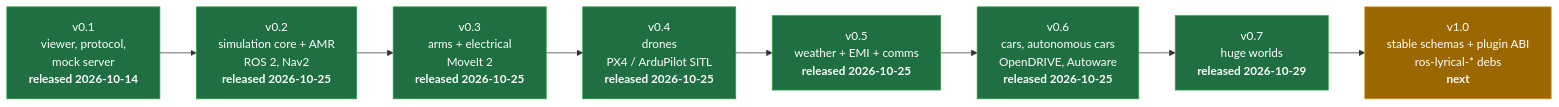
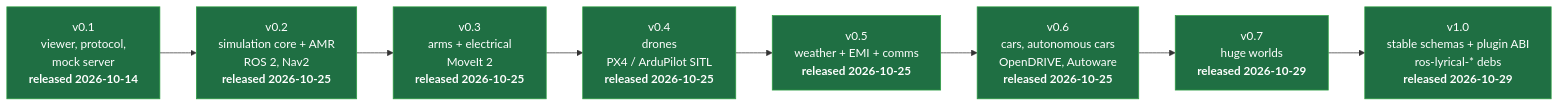
The first of 2 diagrams in docs/plan/progress.md (Open-Physical-Systems/Lagrange), drawn with Mermaid before and after one commit. The commit also changed other lines of this file and 51 other files, not shown here.

````diff
--- a/docs/plan/progress.md
+++ b/docs/plan/progress.md
@@ -7,16 +7,16 @@
 ```mermaid
 flowchart LR
     v01["v0.1<br/>viewer, protocol,<br/>mock server<br/><b>released 2026-10-14</b>"]:::done
     v02["v0.2<br/>simulation core + AMR<br/>ROS 2, Nav2<br/><b>released 2026-10-25</b>"]:::done
     v03["v0.3<br/>arms + electrical<br/>MoveIt 2<br/><b>released 2026-10-25</b>"]:::done
     v04["v0.4<br/>drones<br/>PX4 / ArduPilot SITL<br/><b>released 2026-10-25</b>"]:::done
     v05["v0.5<br/>weather + EMI + comms<br/><b>released 2026-10-25</b>"]:::done
     v06["v0.6<br/>cars, autonomous cars<br/>OpenDRIVE, Autoware<br/><b>released 2026-10-25</b>"]:::done
     v07["v0.7<br/>huge worlds<br/><b>released 2026-10-29</b>"]:::done
-    v10["v1.0<br/>stable schemas + plugin ABI<br/>ros-lyrical-* debs<br/><b>next</b>"]:::now
+    v10["v1.0<br/>stable schemas + plugin ABI<br/>ros-lyrical-* debs<br/><b>released 2026-10-29</b>"]:::done
     v01 --> v02 --> v03 --> v04 --> v05 --> v06 --> v07 --> v10
 
     classDef done fill:#1f6f43,stroke:#2ea043,color:#fff
     classDef now fill:#9a6700,stroke:#d29922,color:#fff
     classDef todo fill:#30363d,stroke:#6e7681,color:#c9d1d9
 ```
````
